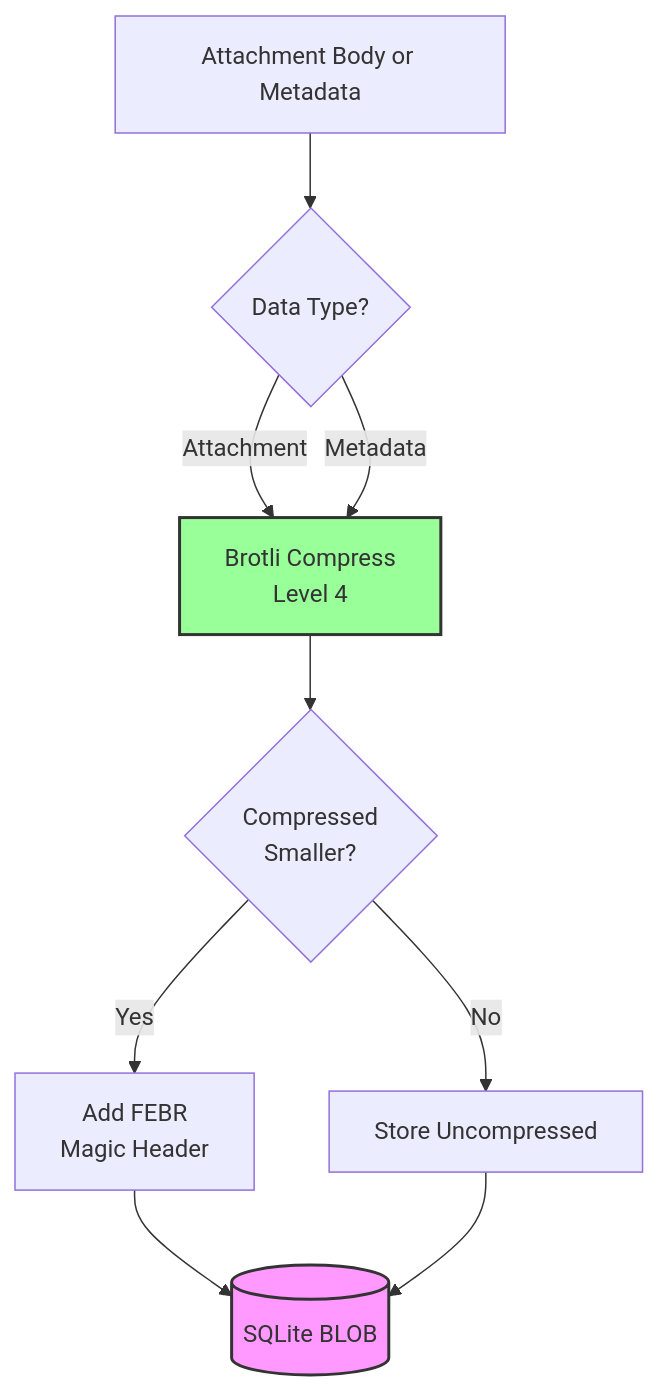
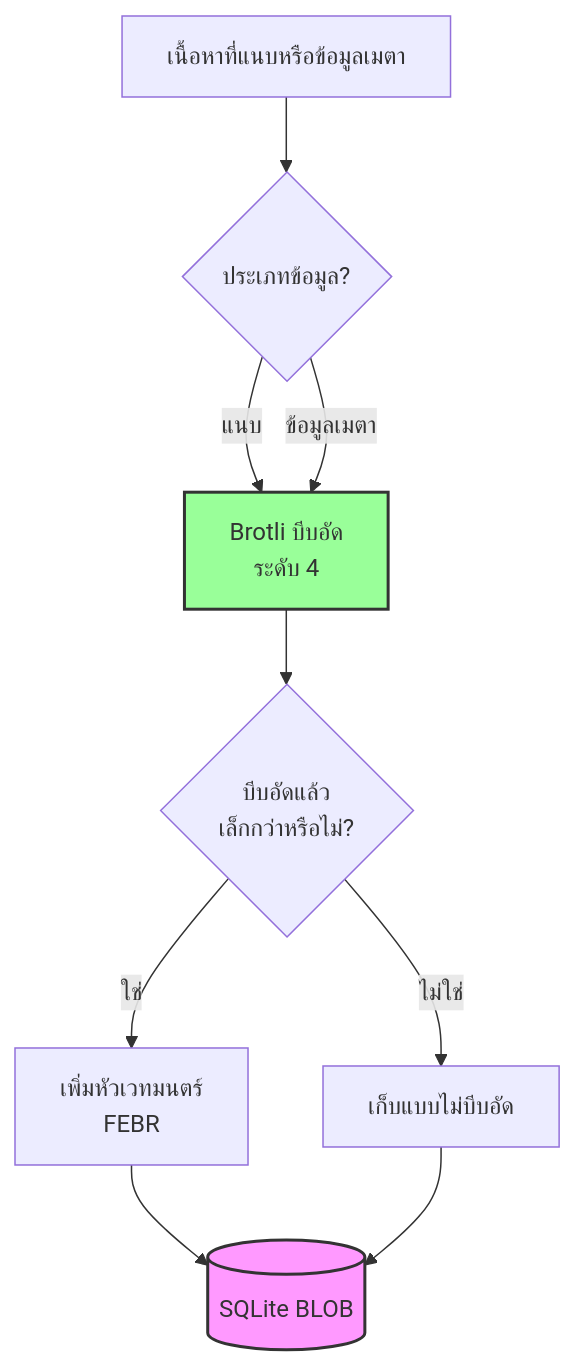
Before and after one commit to forwardemail/forwardemail.net: diagram 13 of 16 in app/views/docs/email-protocols-rfc-compliance-imap-smtp-pop3-comparison/index-th.md, drawn with Mermaid. The commit also changed other lines of this file and 1055 other files, not shown here.

````diff
--- a/app/views/docs/email-protocols-rfc-compliance-imap-smtp-pop3-comparison/index-th.md
+++ b/app/views/docs/email-protocols-rfc-compliance-imap-smtp-pop3-comparison/index-th.md
@@ -1530,21 +1524,21 @@
 ```mermaid
 flowchart TB
-    Input[Attachment Body or Metadata]
-    CheckType{Data Type?}
-    Compress[Brotli Compress<br/>Level 4]
-    CheckSize{Compressed<br/>Smaller?}
-    AddHeader[Add FEBR<br/>Magic Header]
+    Input[เนื้อหาที่แนบหรือข้อมูลเมตา]
+    CheckType{ประเภทข้อมูล?}
+    Compress[Brotli บีบอัด<br/>ระดับ 4]
+    CheckSize{บีบอัดแล้ว<br/>เล็กกว่าหรือไม่?}
+    AddHeader[เพิ่มหัวเวทมนตร์<br/>FEBR]
     Store[(SQLite BLOB)]
 
     Input --> CheckType
-    CheckType -->|Attachment| Compress
-    CheckType -->|Metadata| Compress
+    CheckType -->|แนบ| Compress
+    CheckType -->|ข้อมูลเมตา| Compress
     Compress --> CheckSize
-    CheckSize -->|Yes| AddHeader
-    CheckSize -->|No| StoreRaw[Store Uncompressed]
+    CheckSize -->|ใช่| AddHeader
+    CheckSize -->|ไม่ใช่| StoreRaw[เก็บแบบไม่บีบอัด]
     AddHeader --> Store
     StoreRaw --> Store
 
     style Compress fill:#9f9,stroke:#333,stroke-width:2px
     style Store fill:#f9f,stroke:#333,stroke-width:2px
 ```
````
